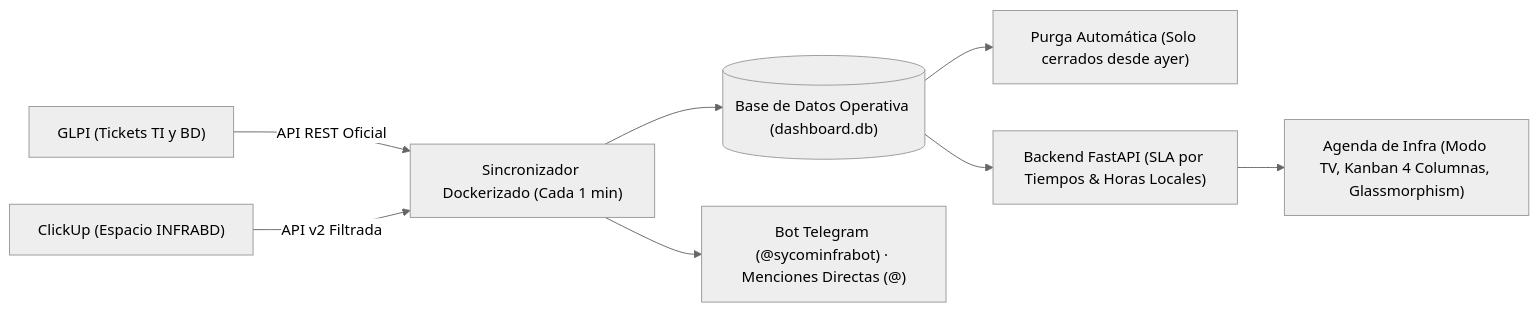
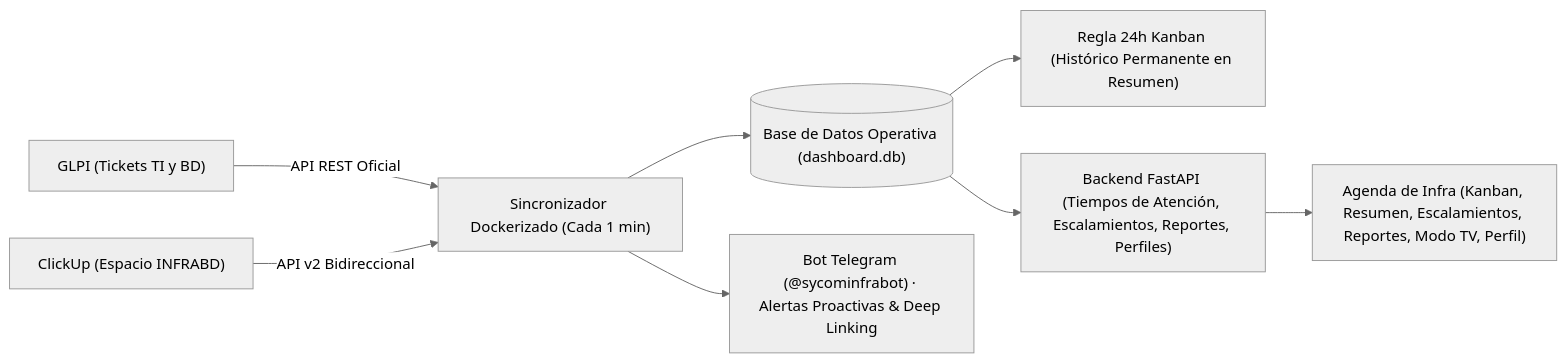
The diagram in PROPUESTA_MEJORAS_FASE2.md (JuanFZ/infra-agenda), drawn with Mermaid (neutral theme) before and after one commit. The commit also changed other lines of this file and 2 other files, not shown here.

Commit message:
docs: update README and proposal matrix to v2.9.2, include sqlite3 in backend Dockerfile (v2.9.3)

````diff
--- a/PROPUESTA_MEJORAS_FASE2.md
+++ b/PROPUESTA_MEJORAS_FASE2.md
@@ -14,10 +14,10 @@
 ```mermaid
 flowchart LR
     GLPI["GLPI (Tickets TI y BD)"] -->|API REST Oficial| SYNC["Sincronizador Dockerizado (Cada 1 min)"]
-    CU["ClickUp (Espacio INFRABD)"] -->|API v2 Filtrada| SYNC
+    CU["ClickUp (Espacio INFRABD)"] -->|API v2 Bidireccional| SYNC
     SYNC --> DB[("Base de Datos Operativa (dashboard.db)")]
-    DB --> PURGE["Purga Automática (Solo cerrados desde ayer)"]
-    DB --> API["Backend FastAPI (SLA por Tiempos & Horas Locales)"]
-    API --> WEB["Agenda de Infra (Modo TV, Kanban 4 Columnas, Glassmorphism)"]
-    SYNC --> TG["Bot Telegram (@sycominfrabot) · Menciones Directas (@)"]
+    DB --> REG["Regla 24h Kanban (Histórico Permanente en Resumen)"]
+    DB --> API["Backend FastAPI (Tiempos de Atención, Escalamientos, Reportes, Perfiles)"]
+    API --> WEB["Agenda de Infra (Kanban, Resumen, Escalamientos, Reportes, Modo TV, Perfil)"]
+    SYNC --> TG["Bot Telegram (@sycominfrabot) · Alertas Proactivas & Deep Linking"]
 ```
````
